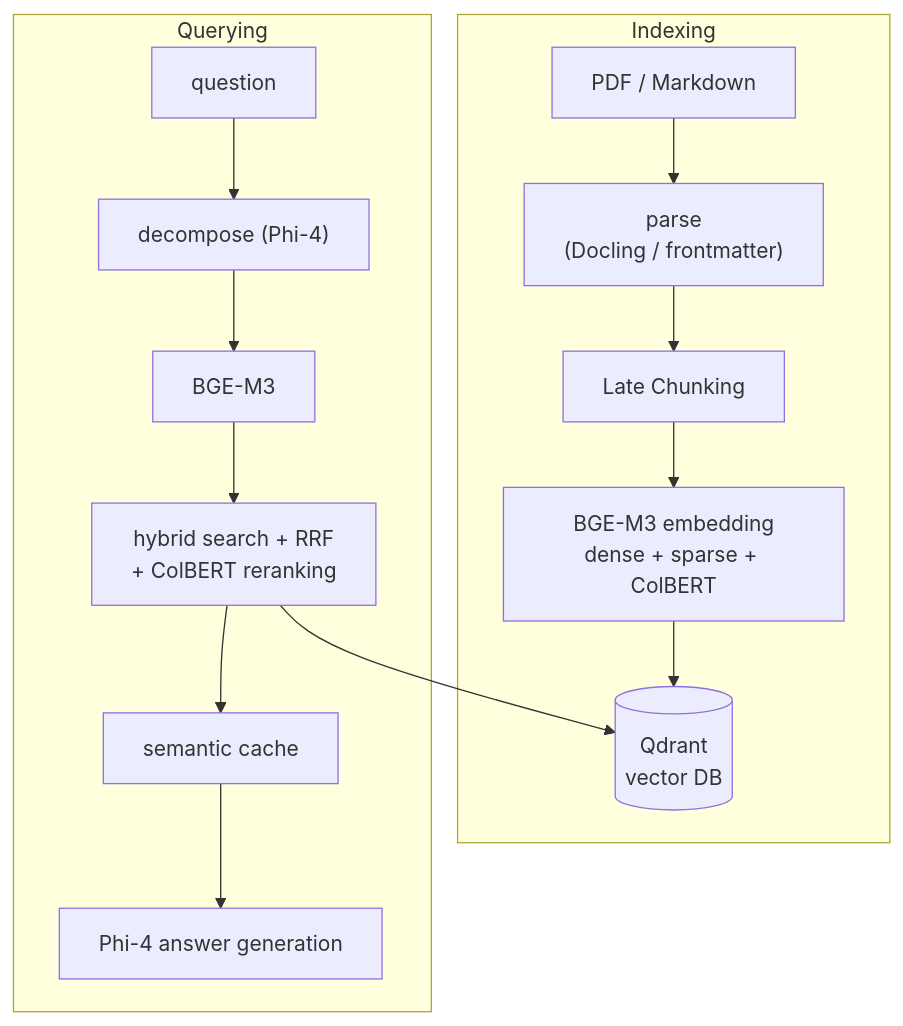
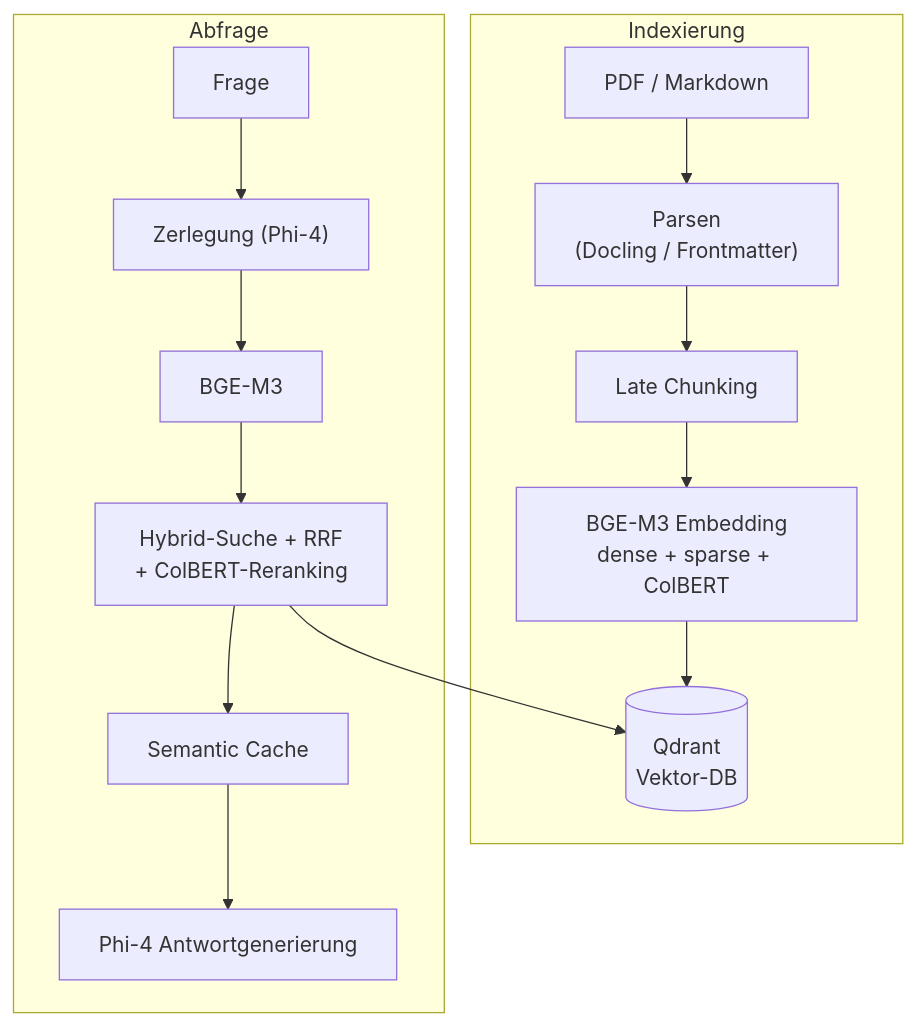
One commit to charlieLucke/titan changed the first of 2 diagrams in README.md. Above: the diagram before and after it, drawn with Mermaid. The commit also changed other lines of this file and 20 other files, not shown here.

````diff
--- a/README.md
+++ b/README.md
@@ -25,17 +25,17 @@
 ```mermaid
 flowchart TB
-    subgraph Ingest["Indexing"]
-        PDF["PDF / Markdown"] --> P["parse<br/>(Docling / frontmatter)"]
+    subgraph Ingest["Indexierung"]
+        PDF["PDF / Markdown"] --> P["Parsen<br/>(Docling / Frontmatter)"]
         P --> LC["Late Chunking"]
-        LC --> EMB["BGE-M3 embedding<br/>dense + sparse + ColBERT"]
-        EMB --> Q[("Qdrant<br/>vector DB")]
+        LC --> EMB["BGE-M3 Embedding<br/>dense + sparse + ColBERT"]
+        EMB --> Q[("Qdrant<br/>Vektor-DB")]
     end
-    subgraph Query["Querying"]
-        Qu["question"] --> DEC["decompose (Phi-4)"]
+    subgraph Query["Abfrage"]
+        Qu["Frage"] --> DEC["Zerlegung (Phi-4)"]
         DEC --> EMB2["BGE-M3"]
-        EMB2 --> SR["hybrid search + RRF<br/>+ ColBERT reranking"]
+        EMB2 --> SR["Hybrid-Suche + RRF<br/>+ ColBERT-Reranking"]
         SR --> Q
-        SR --> CACHE["semantic cache"]
-        CACHE --> GEN["Phi-4 answer generation"]
+        SR --> CACHE["Semantic Cache"]
+        CACHE --> GEN["Phi-4 Antwortgenerierung"]
     end
 ```
````
